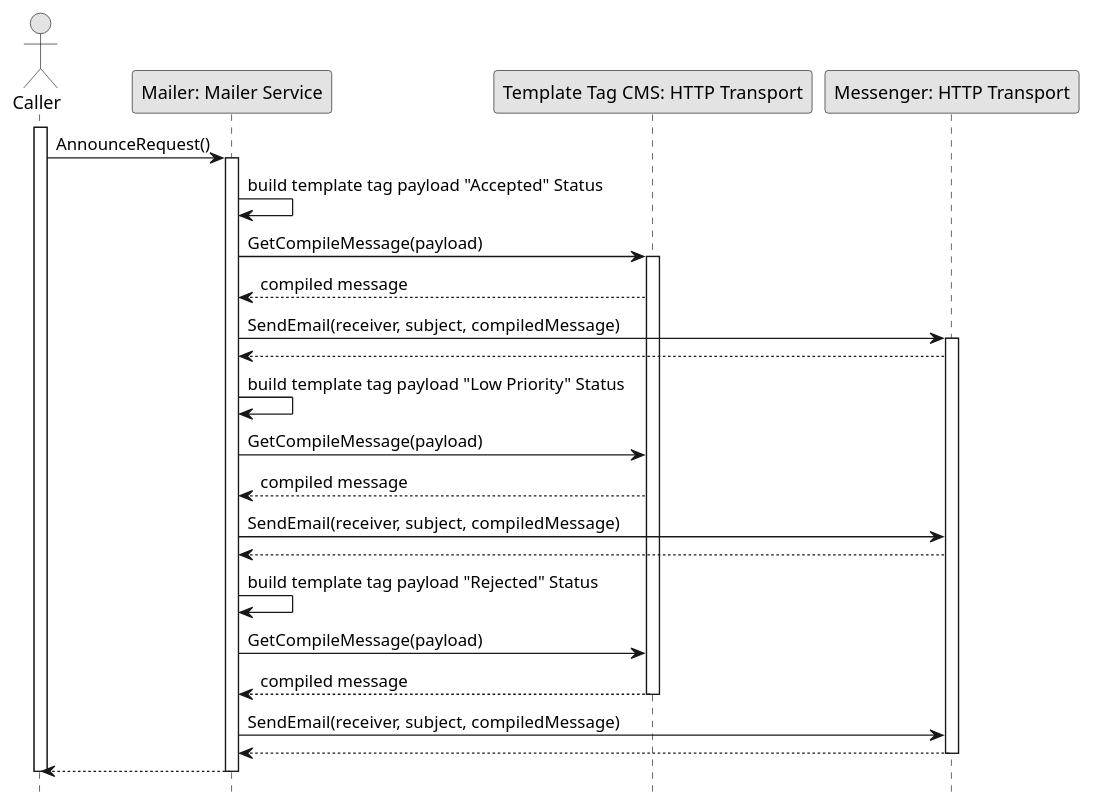
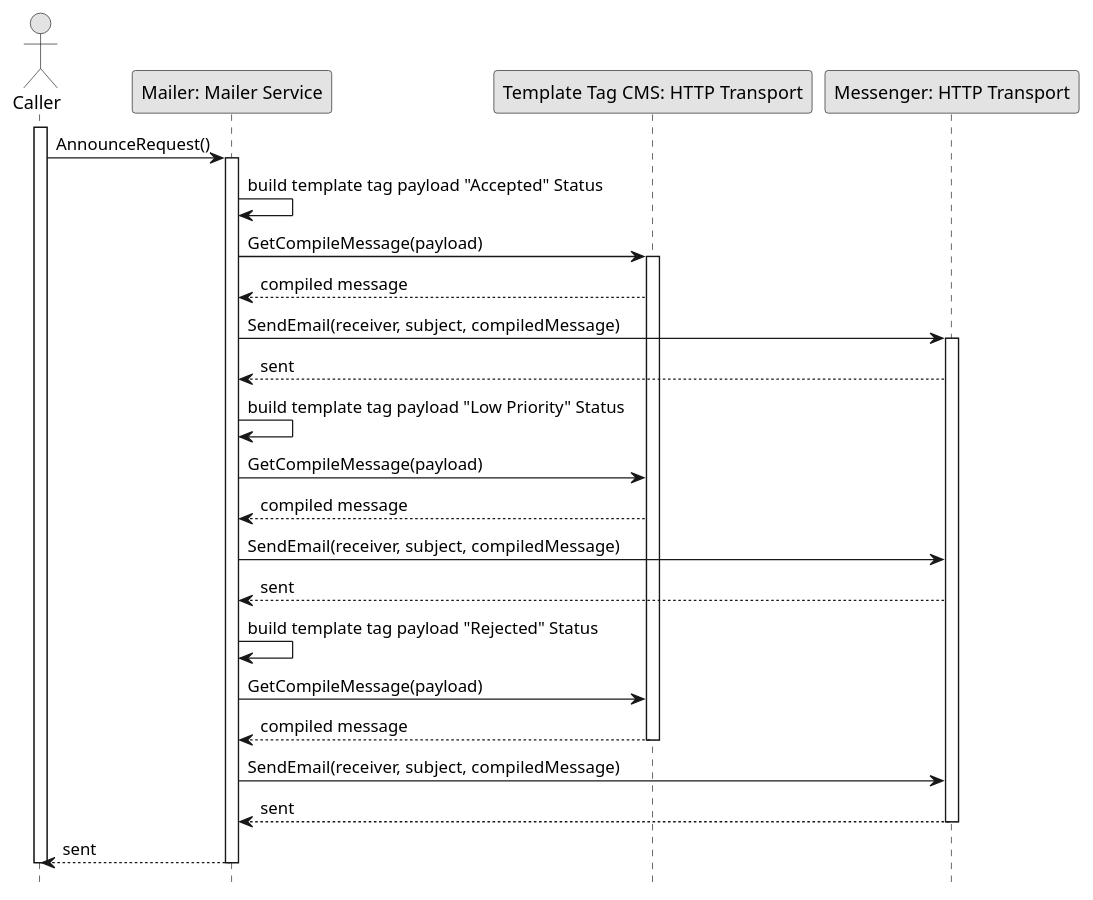
Before and after one commit to fwidjaya20/fazzlearning-uml: the diagram in Sequence/Release04/AnnounceRequest.wsd, drawn with PlantUML. The commit also changed 13 other files, not shown here.

Commit message:
fix(sequence): adding return wording

```diff
--- a/Sequence/Release04/AnnounceRequest.wsd
+++ b/Sequence/Release04/AnnounceRequest.wsd
@@ -1,44 +1,44 @@
 @startuml AnnounceRequest
 
 skinparam Monochrome true
 skinparam Shadowing false
 hide footbox
 
 actor "Caller" as Caller
 participant "Mailer: Mailer Service" as MailerService
 participant "Template Tag CMS: HTTP Transport" as TTCMSHTTPTransport
 participant "Messenger: HTTP Transport" as MessengerHTTPTransport
 
 activate Caller
 
 Caller->MailerService: AnnounceRequest()
 
 activate MailerService
 MailerService->MailerService: build template tag payload "Accepted" Status
 MailerService->TTCMSHTTPTransport: GetCompileMessage(payload)
 activate TTCMSHTTPTransport
 TTCMSHTTPTransport-->MailerService: compiled message
 MailerService->MessengerHTTPTransport: SendEmail(receiver, subject, compiledMessage)
 activate MessengerHTTPTransport
-MessengerHTTPTransport-->MailerService
+MessengerHTTPTransport-->MailerService: sent
 
 MailerService->MailerService: build template tag payload "Low Priority" Status
 MailerService->TTCMSHTTPTransport: GetCompileMessage(payload)
 TTCMSHTTPTransport-->MailerService: compiled message
 MailerService->MessengerHTTPTransport: SendEmail(receiver, subject, compiledMessage)
-MessengerHTTPTransport-->MailerService
+MessengerHTTPTransport-->MailerService: sent
 
 MailerService->MailerService: build template tag payload "Rejected" Status
 MailerService->TTCMSHTTPTransport: GetCompileMessage(payload)
 TTCMSHTTPTransport-->MailerService: compiled message
 deactivate TTCMSHTTPTransport
 MailerService->MessengerHTTPTransport: SendEmail(receiver, subject, compiledMessage)
-MessengerHTTPTransport-->MailerService
+MessengerHTTPTransport-->MailerService: sent
 
 deactivate MessengerHTTPTransport
-MailerService-->Caller
+MailerService-->Caller: sent
 deactivate MailerService
 
 deactivate Caller
 
 @enduml
```
